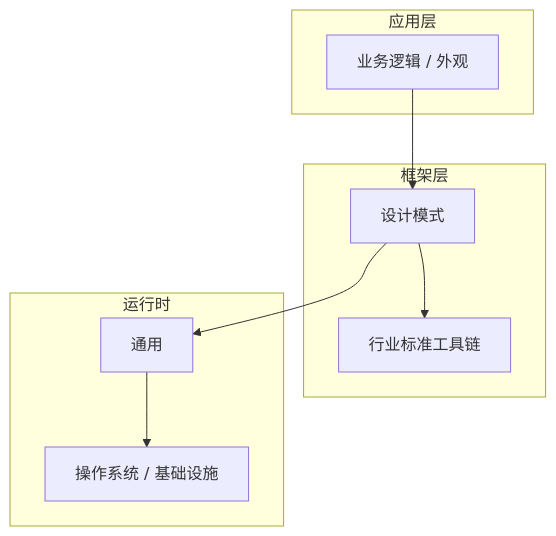
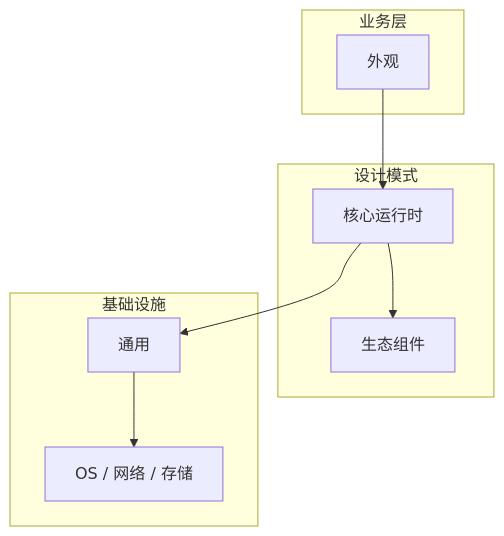
One commit to yanggan2015/knowledge-json-v2 changed the diagram in articles/设计模式/chapters/045-外观核心概念与原理.md. Above: the diagram before and after it, drawn with Mermaid. The commit also changed other lines of this file and 10127 other files, not shown here.

````diff
--- a/articles/设计模式/chapters/045-外观核心概念与原理.md
+++ b/articles/设计模式/chapters/045-外观核心概念与原理.md
@@ -45,18 +34,18 @@
 ```mermaid
 graph TB
-    subgraph 应用层
-        A[业务逻辑 / 外观]
+    subgraph 业务层
+        A[外观]
     end
-    subgraph 框架层
-        B[设计模式]
-        C[行业标准工具链]
+    subgraph 设计模式
+        B[核心运行时]
+        C[生态组件]
     end
-    subgraph 运行时
+    subgraph 基础设施
         D[通用]
-        E[操作系统 / 基础设施]
+        E[OS / 网络 / 存储]
     end
     A --> B
     B --> C
     B --> D
     D --> E
 ```
````
